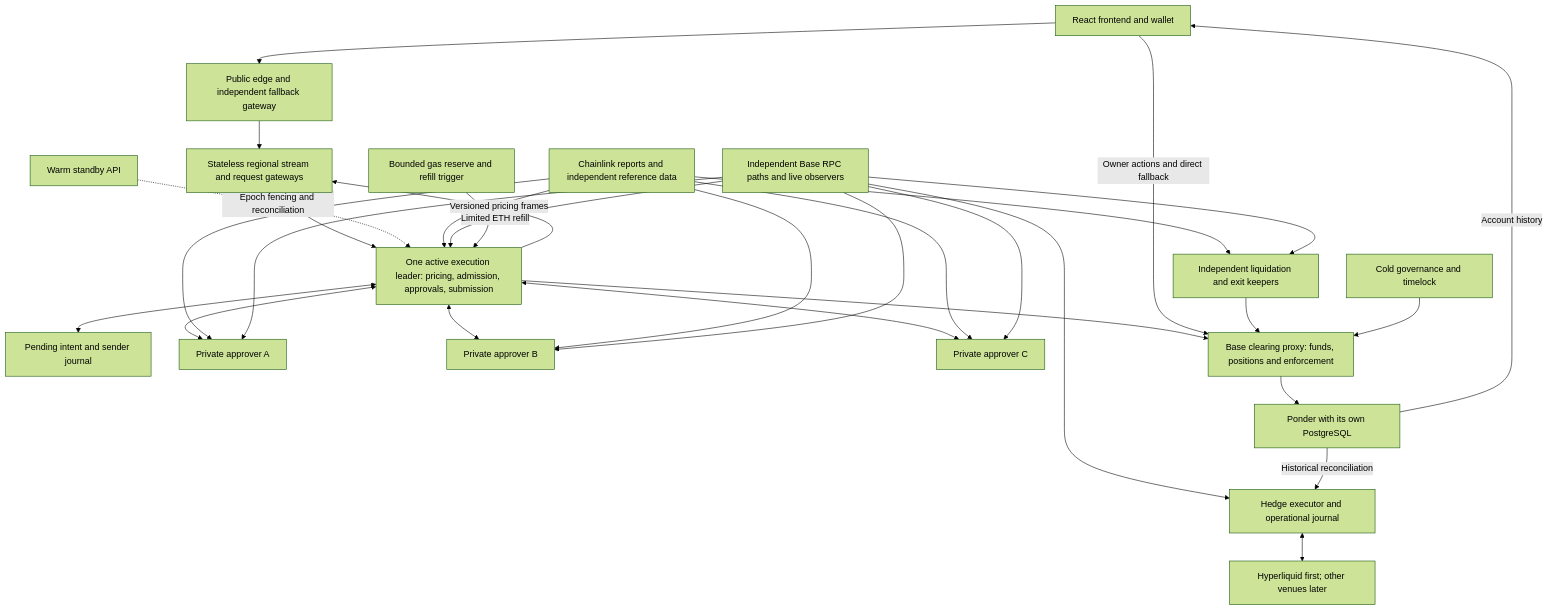
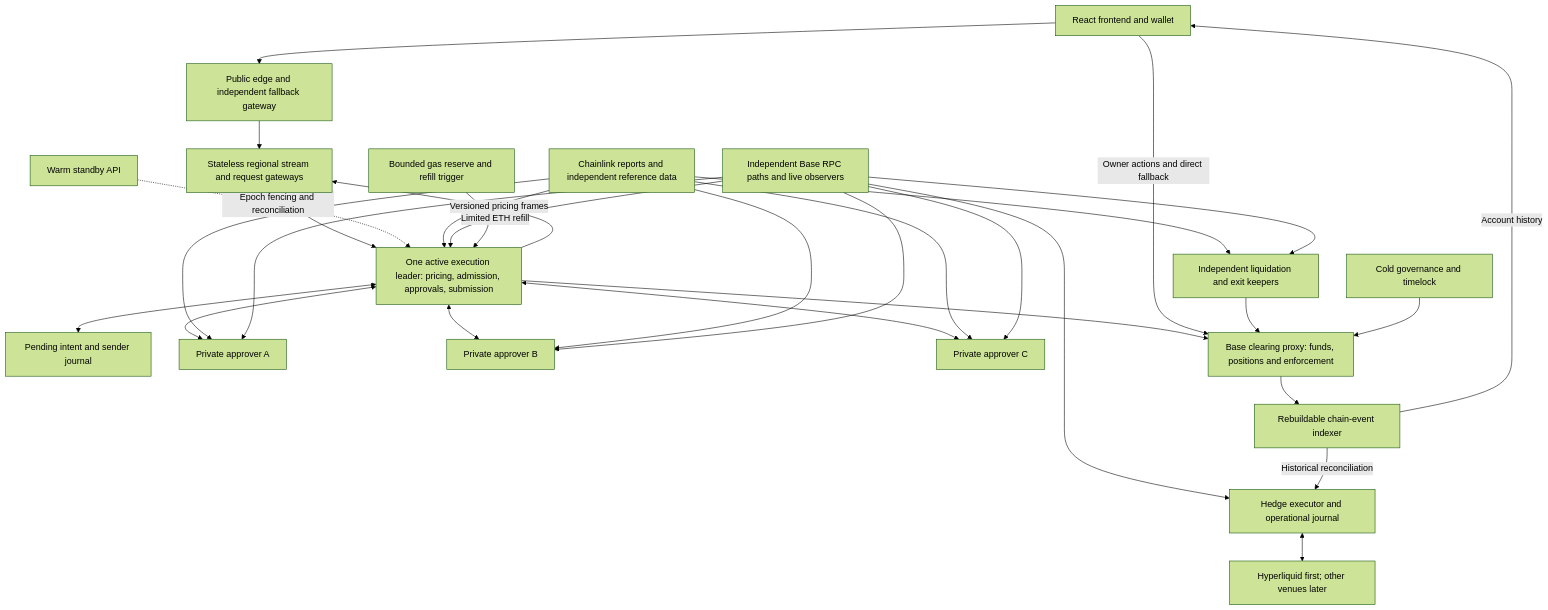
One commit to arthurtouble/rfqmarkets changed the diagram in CURRENT-ARCHITECTURE.md. Above: the diagram before and after it, drawn with Mermaid (forest theme). The commit also changed other lines of this file and 15 other files, not shown here.

````diff
--- a/CURRENT-ARCHITECTURE.md
+++ b/CURRENT-ARCHITECTURE.md
@@ -13,49 +13,49 @@
 ```mermaid
 flowchart TB
     U[React frontend and wallet]
     E[Public edge and independent fallback gateway]
     GW[Stateless regional stream and request gateways]
     API[One active execution leader: pricing, admission, approvals, submission]
     ST[Warm standby API]
     J[Pending intent and sender journal]
     A[Private approver A]
     B[Private approver B]
     C[Private approver C]
     O[Chainlink reports and independent reference data]
     RPC[Independent Base RPC paths and live observers]
     CH[Base clearing proxy: funds, positions and enforcement]
-    P[Ponder with its own PostgreSQL]
+    P[Rebuildable chain-event indexer]
     H[Hedge executor and operational journal]
     V[Hyperliquid first; other venues later]
     K[Independent liquidation and exit keepers]
     G[Cold governance and timelock]
     GAS[Bounded gas reserve and refill trigger]
 
     U --> E --> GW --> API
     API -->|Versioned pricing frames| GW
     ST -. Epoch fencing and reconciliation .-> API
     API <--> J
     API <--> A
     API <--> B
     API <--> C
     O --> API
     O --> A
     O --> B
     O --> C
     O --> K
     RPC --> API
     RPC --> A
     RPC --> B
     RPC --> C
     RPC --> H
     RPC --> K
     API --> CH
     U -->|Owner actions and direct fallback| CH
     CH --> P
     P -->|Account history| U
     P -->|Historical reconciliation| H
     H <--> V
     K --> CH
     G --> CH
     GAS -->|Limited ETH refill| API
 ```
````
